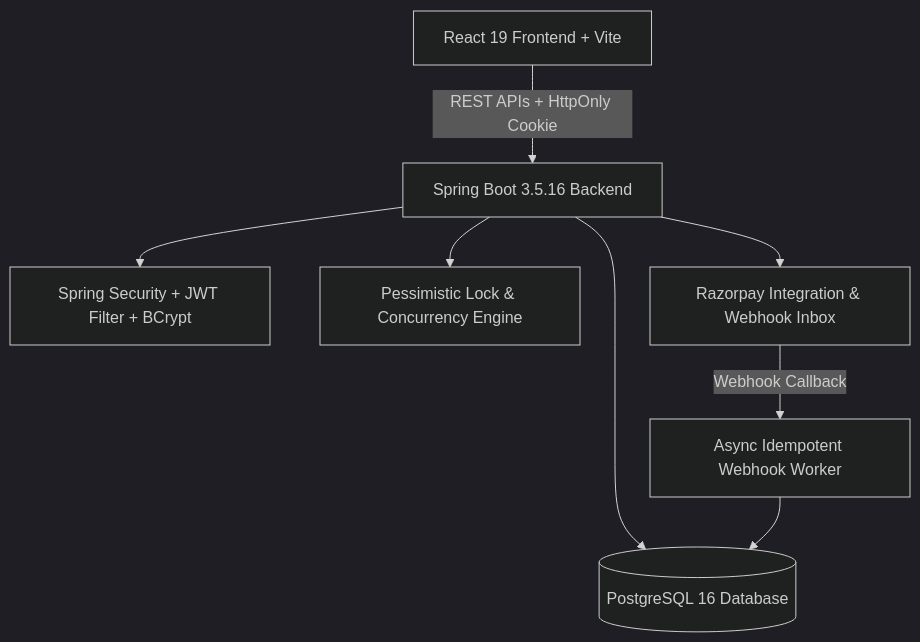
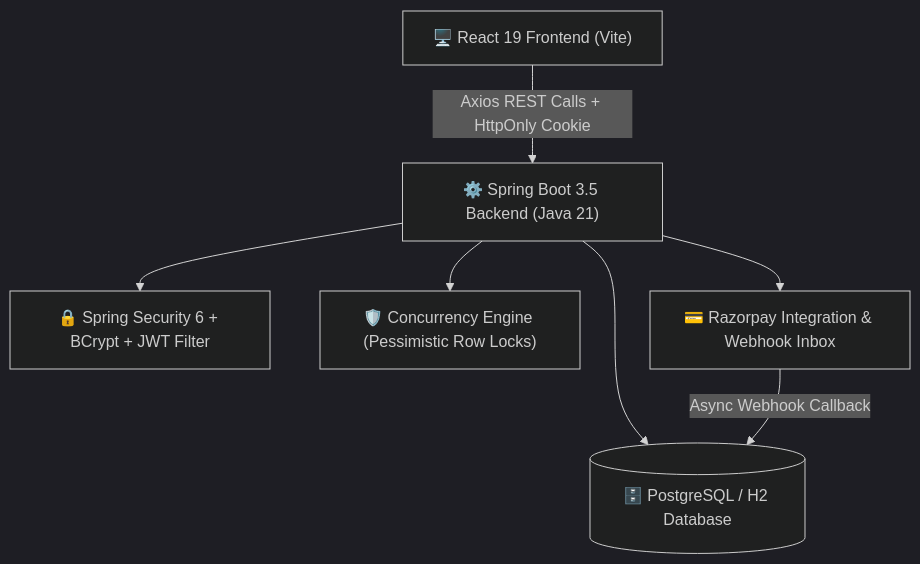
Before and after one commit to 123angmish/campus-share-project-: the diagram in README.md, drawn with Mermaid (dark theme). The commit also changed other lines of this file, not shown here.

````diff
--- a/README.md
+++ b/README.md
@@ -29,10 +60,9 @@
 ```mermaid
 graph TD
-    User[React 19 Frontend + Vite] -->|REST APIs + HttpOnly Cookie| Backend[Spring Boot 3.5.16 Backend]
-    Backend --> Security[Spring Security + JWT Filter + BCrypt]
-    Backend --> LockService[Pessimistic Lock & Concurrency Engine]
-    Backend --> PayService[Razorpay Integration & Webhook Inbox]
-    Backend --> DB[(PostgreSQL 16 Database)]
-    PayService -->|Webhook Callback| WebhookProcessor[Async Idempotent Webhook Worker]
-    WebhookProcessor --> DB
+    User["🖥️ React 19 Frontend (Vite)"] -->|Axios REST Calls + HttpOnly Cookie| Backend["⚙️ Spring Boot 3.5 Backend (Java 21)"]
+    Backend --> Security["🔒 Spring Security 6 + BCrypt + JWT Filter"]
+    Backend --> PricingLock["🛡️ Concurrency Engine (Pessimistic Row Locks)"]
+    Backend --> PaymentService["💳 Razorpay Integration & Webhook Inbox"]
+    Backend --> DB[("🗄️ PostgreSQL / H2 Database")]
+    PaymentService -->|Async Webhook Callback| DB
 ```
````
